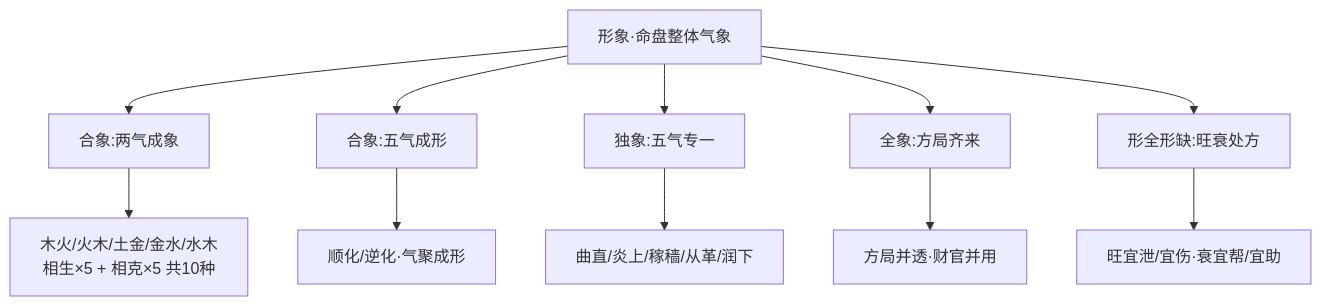
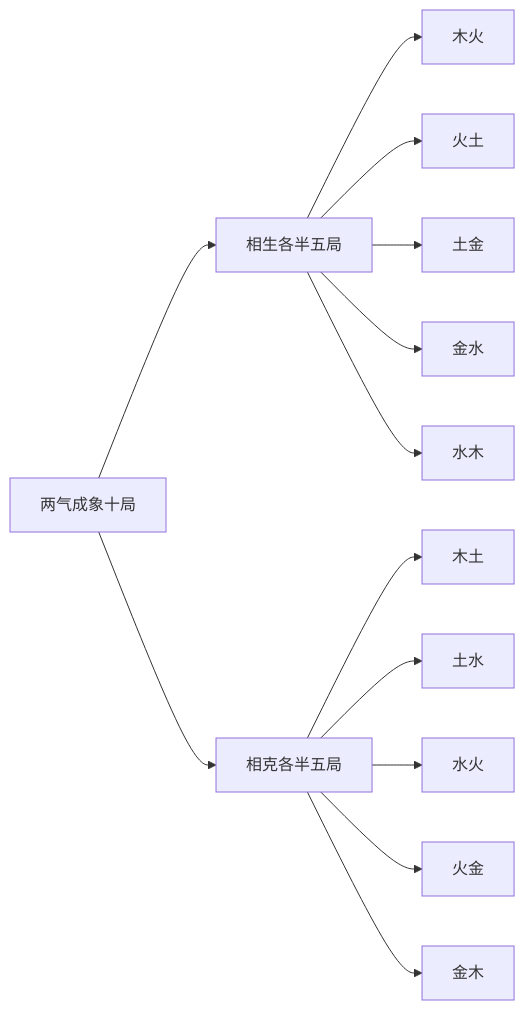
The diagram in books/滴天髓阐微/articles/形象/interpretation.md (Banny-Gao/mingli-research), drawn with Mermaid before and after one commit. The commit also changed other lines of this file and 11 other files, not shown here.

````diff
--- a/books/滴天髓阐微/articles/形象/interpretation.md
+++ b/books/滴天髓阐微/articles/形象/interpretation.md
@@ -5,13 +23,16 @@
 ```mermaid
-flowchart TD
-    A[形象·命盘整体气象] --> B[合象:两气成象]
-    A --> C[合象:五气成形]
-    A --> D[独象:五气专一]
-    A --> E[全象:方局齐来]
-    A --> F[形全形缺:旺衰处方]
-    B --> B1[木火/火木/土金/金水/水木<br/>相生×5 + 相克×5 共10种]
-    C --> C1[顺化/逆化·气聚成形]
-    D --> D1[曲直/炎上/稼穑/从革/润下]
-    E --> E1[方局并透·财官并用]
-    F --> F1[旺宜泄/宜伤·衰宜帮/宜助]
+graph LR
+    A[两气成象十局]
+    A --> P[相生各半五局]
+    A --> K[相克各半五局]
+    P --> P1[木火]
+    P --> P2[火土]
+    P --> P3[土金]
+    P --> P4[金水]
+    P --> P5[水木]
+    K --> K1[木土]
+    K --> K2[土水]
+    K --> K3[水火]
+    K --> K4[火金]
+    K --> K5[金木]
 ```
````
